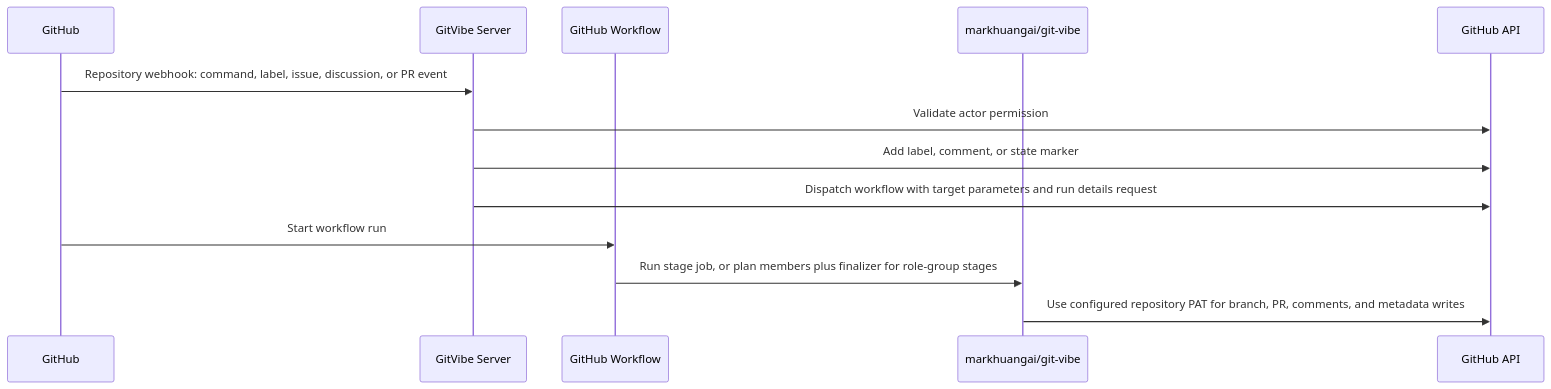
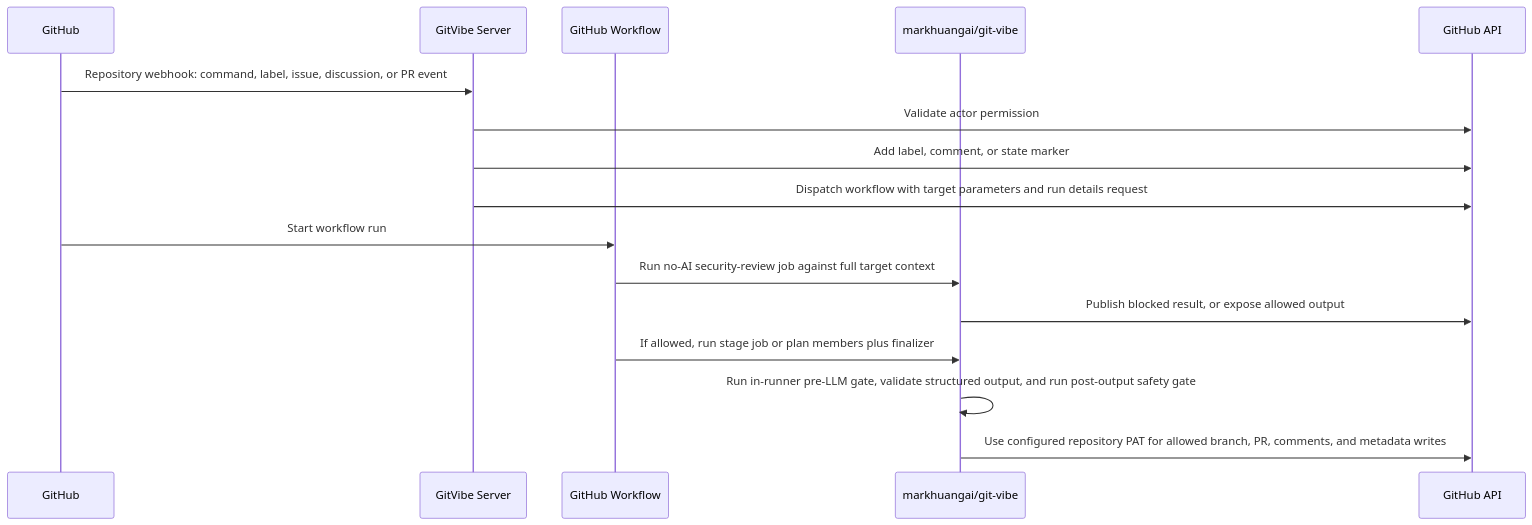
Before and after one commit to markhuangai/git-vibe: the second of 3 diagrams in docs/ARCHITECTURE.md, drawn with Mermaid. The commit also changed other lines of this file and 39 other files, not shown here.

First line of the commit message:
Add comprehensive tests for GitVibe workflows and security review actions

````diff
--- a/docs/ARCHITECTURE.md
+++ b/docs/ARCHITECTURE.md
@@ -58,16 +62,19 @@
 ```mermaid
 sequenceDiagram
   participant GH as GitHub
   participant App as GitVibe Server
   participant WF as GitHub Workflow
   participant Act as markhuangai/git-vibe
   participant API as GitHub API
 
   GH->>App: Repository webhook: command, label, issue, discussion, or PR event
   App->>API: Validate actor permission
   App->>API: Add label, comment, or state marker
   App->>API: Dispatch workflow with target parameters and run details request
   GH->>WF: Start workflow run
-  WF->>Act: Run stage job, or plan members plus finalizer for role-group stages
-  Act->>API: Use configured repository PAT for branch, PR, comments, and metadata writes
+  WF->>Act: Run no-AI security-review job against full target context
+  Act->>API: Publish blocked result, or expose allowed output
+  WF->>Act: If allowed, run stage job or plan members plus finalizer
+  Act->>Act: Run in-runner pre-LLM gate, validate structured output, and run post-output safety gate
+  Act->>API: Use configured repository PAT for allowed branch, PR, comments, and metadata writes
 ```
````
